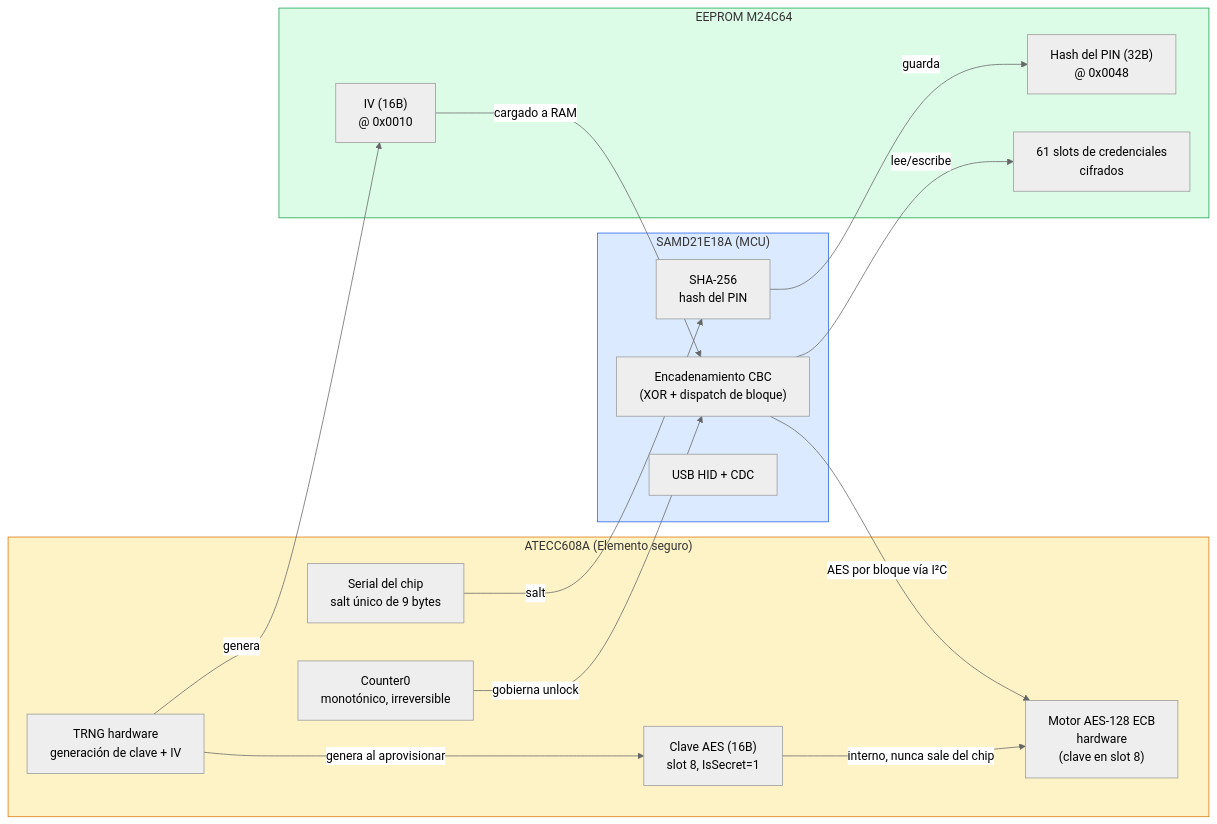
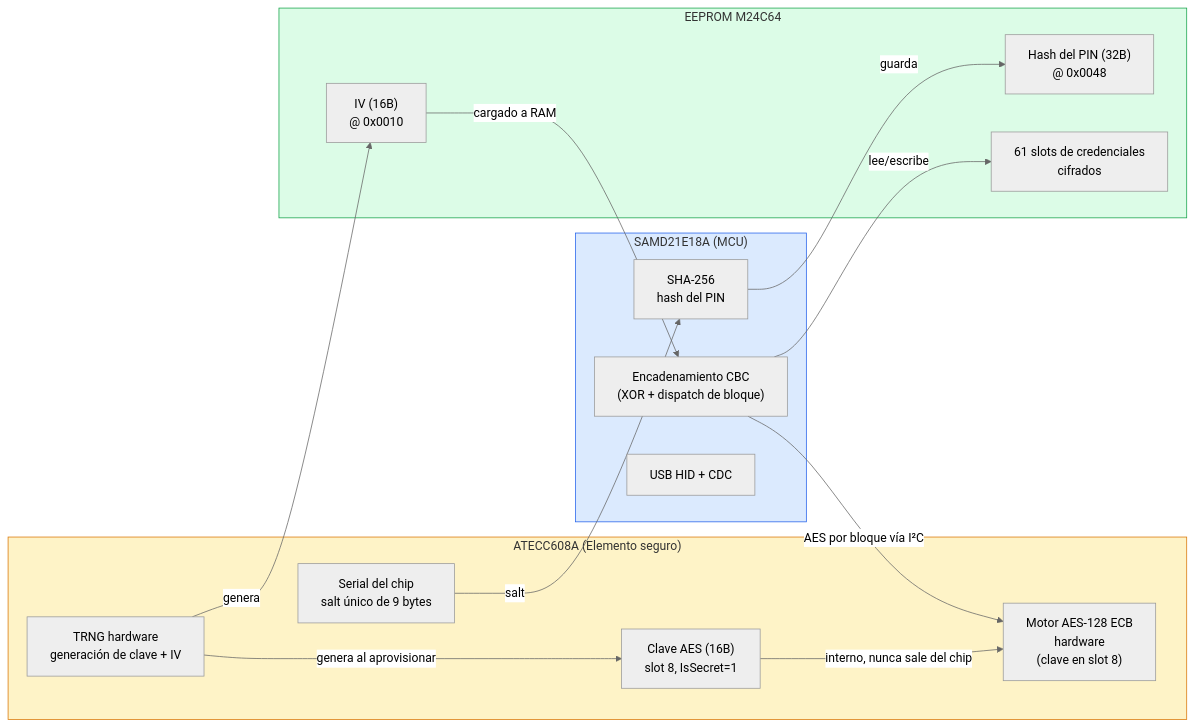
Before and after one commit to Depbit-lab/docsZerokeyUSB: the first of 2 diagrams in es/firmware/security/index.mdx, drawn with Mermaid (neutral theme). The commit also changed other lines of this file and 13 other files, not shown here.

````diff
--- a/es/firmware/security/index.mdx
+++ b/es/firmware/security/index.mdx
@@ -19,36 +19,34 @@
 ```mermaid
 graph LR
     subgraph MCU["SAMD21E18A (MCU)"]
         CBC["Encadenamiento CBC\n(XOR + dispatch de bloque)"]
         SHA["SHA-256\nhash del PIN"]
         USB["USB HID + CDC"]
     end
 
     subgraph SE["ATECC608A (Elemento seguro)"]
         TRNG["TRNG hardware\ngeneración de clave + IV"]
         AESHW["Motor AES-128 ECB\nhardware\n(clave en slot 8)"]
         KEY["Clave AES (16B)\nslot 8, IsSecret=1"]
-        CNT["Counter0\nmonotónico, irreversible"]
         SER["Serial del chip\nsalt único de 9 bytes"]
     end
 
     subgraph MEM["EEPROM M24C64"]
         IV["IV (16B)\n@ 0x0010"]
         HASH["Hash del PIN (32B)\n@ 0x0048"]
         CRED["61 slots de credenciales\ncifrados"]
     end
 
     TRNG -->|"genera al aprovisionar"| KEY
     KEY -->|"interno, nunca sale del chip"| AESHW
     TRNG -->|"genera"| IV
     SER -->|"salt"| SHA
     SHA -->|"guarda"| HASH
-    CNT -->|"gobierna unlock"| CBC
     IV -->|"cargado a RAM"| CBC
     CBC -->|"AES por bloque vía I²C"| AESHW
     CBC -->|"lee/escribe"| CRED
 
     style MCU fill:#dbeafe,stroke:#2563eb
     style SE fill:#fef3c7,stroke:#d97706
     style MEM fill:#dcfce7,stroke:#16a34a
 ```
````
